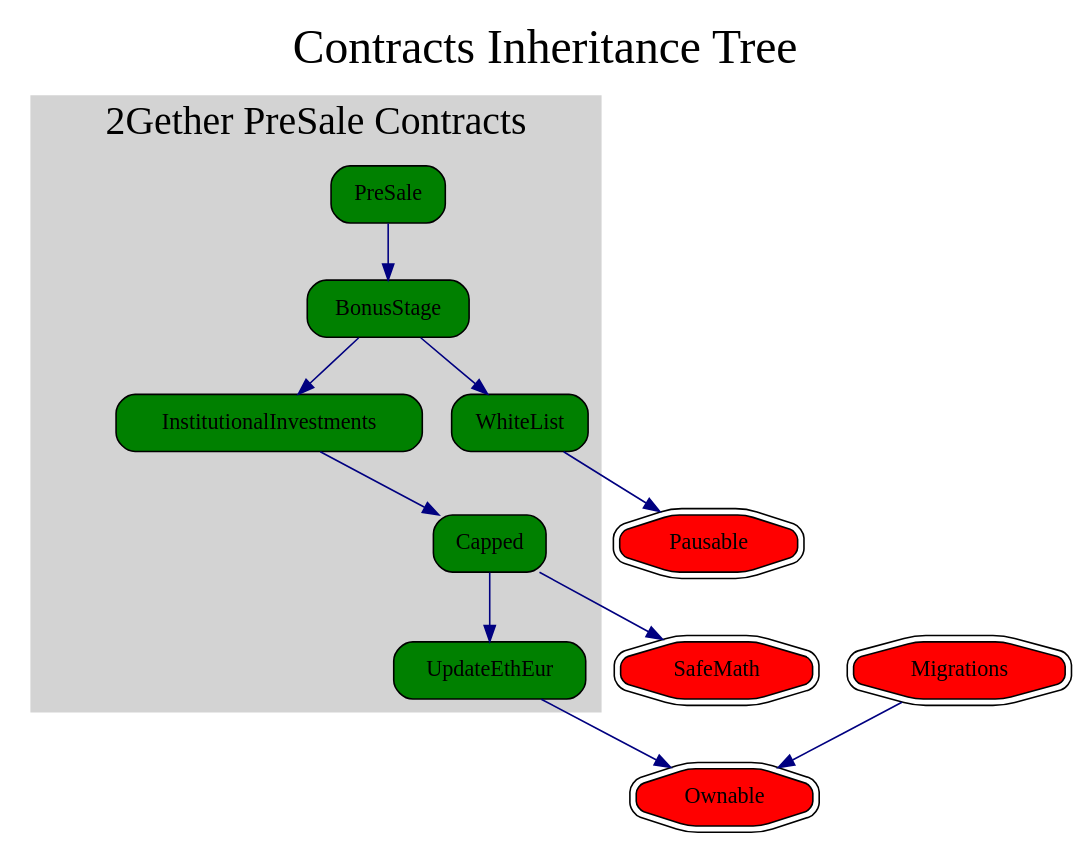
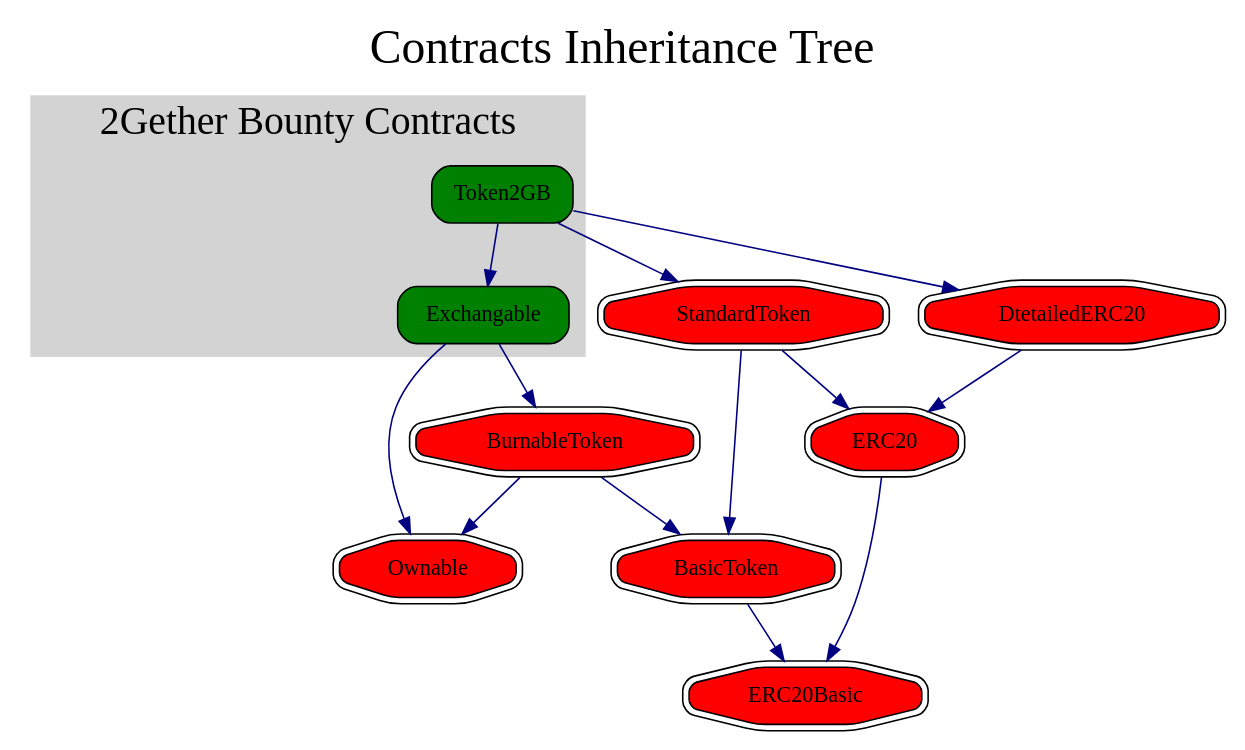
The diagram in doc/inheritanceTree/inheritanceTree.dot (2getherGlobal/2GB_Token), drawn with Graphviz before and after one commit. The commit also changed 15 other files, not shown here.

```diff
--- a/doc/inheritanceTree/inheritanceTree.dot
+++ b/doc/inheritanceTree/inheritanceTree.dot
@@ -1,27 +1,30 @@
 digraph G {
     edge [arrowsize=1, weight=4., color=navy, constraint=true];
     graph [label="Contracts Inheritance Tree", labelloc=t, fontsize=30];
     
     subgraph cluster_2Gether {
-        graph [fontsize=25, label="2Gether PreSale Contracts", style=filled, color=lightgrey];
+        graph [fontsize=25, label="2Gether Bounty Contracts", style=filled, color=lightgrey];
         node [fillcolor=green, style="rounded,filled", shape=polygon];
-        PreSale; Capped; InstitutionalInvestments; BonusStage; UpdateEthEur; WhiteList;
+        Exchangable; Token2GB;
     
     }
 
     {   
         node [fillcolor=red, style="rounded,filled", shape=doubleoctagon];
-        Pausable; Ownable; SafeMath; Migrations;
+        BasicToken; BurnableToken; DtetailedERC20; ERC20; ERC20Basic; Ownable; StandardToken;
     }
 
-	PreSale -> BonusStage;
-    BonusStage -> InstitutionalInvestments;
-    BonusStage -> WhiteList;
-    WhiteList -> Pausable;
-    InstitutionalInvestments -> Capped;
-    Capped -> SafeMath;
-    Capped -> UpdateEthEur;
-    UpdateEthEur -> Ownable;
-    Migrations -> Ownable;
+	Token2GB -> StandardToken;
+    Token2GB -> DtetailedERC20;
+    Token2GB -> Exchangable;
+    Exchangable -> Ownable;
+    Exchangable -> BurnableToken;
+    StandardToken -> ERC20;
+    StandardToken -> BasicToken;
+    ERC20 -> ERC20Basic;
+    BasicToken -> ERC20Basic;
+    BurnableToken -> BasicToken;
+    BurnableToken -> Ownable;
+    DtetailedERC20 -> ERC20;
 
 }
```
